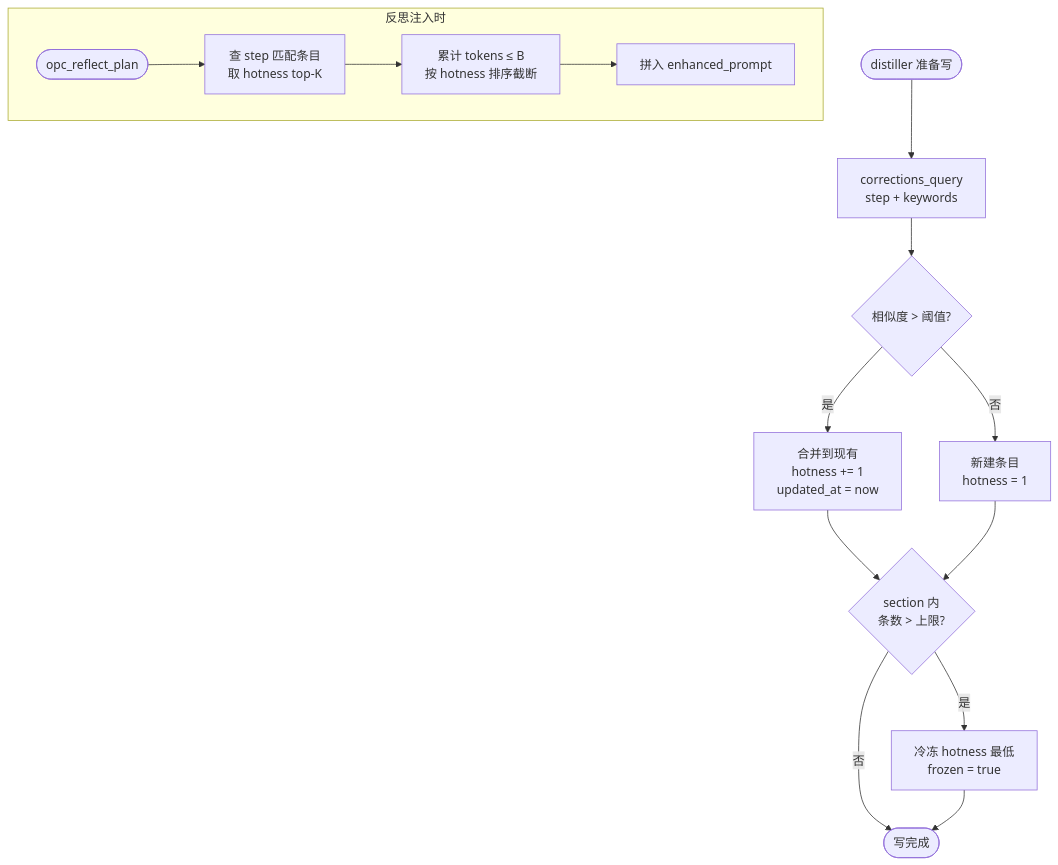
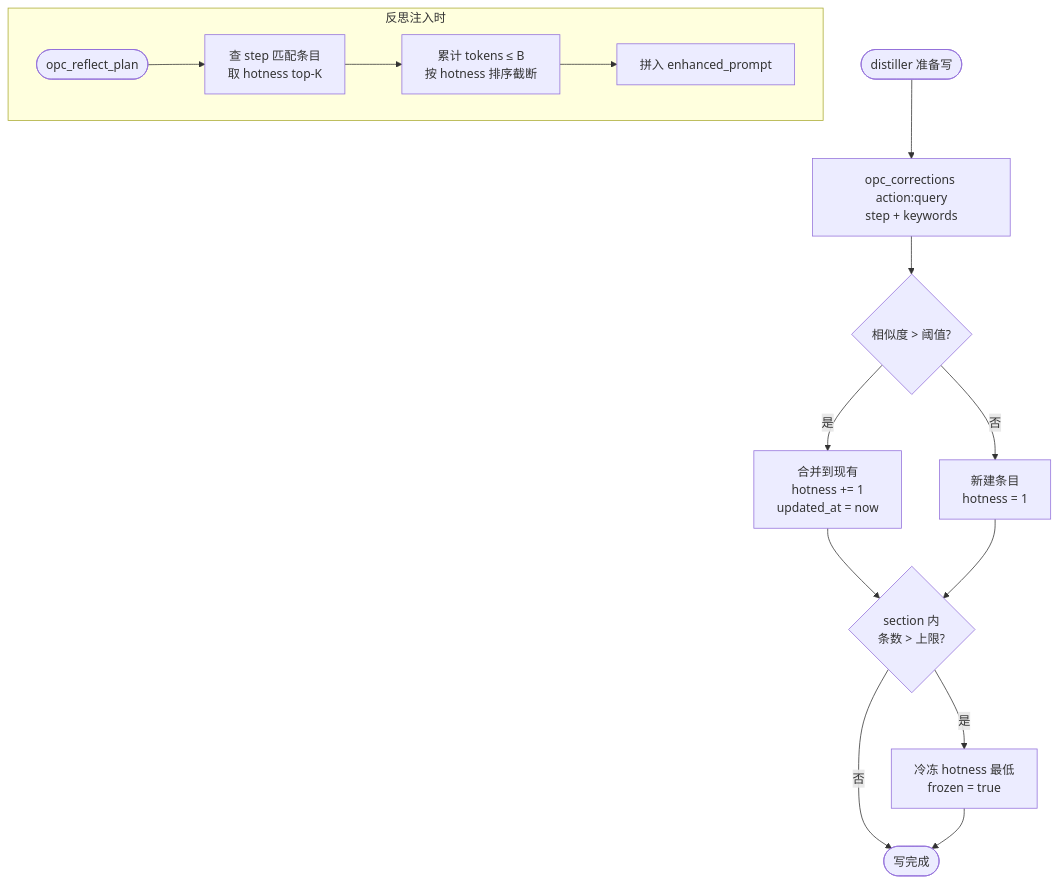
Before and after one commit to CaffeineOddity/opc-marketplace: the first of 3 diagrams in doc/feature/05-opc-reflection-server/03-corrections-store/00_overview.md, drawn with Mermaid. The commit also changed other lines of this file and 16 other files, not shown here.

````diff
--- a/doc/feature/05-opc-reflection-server/03-corrections-store/00_overview.md
+++ b/doc/feature/05-opc-reflection-server/03-corrections-store/00_overview.md
@@ -106,19 +106,19 @@
 ```mermaid
 flowchart TD
-    Write([distiller 准备写]) --> Query[corrections_query<br/>step + keywords]
+    Write([distiller 准备写]) --> Query[opc_corrections action:query<br/>step + keywords]
     Query --> Sim{相似度 > 阈值?}
     Sim -->|是| Merge[合并到现有<br/>hotness += 1<br/>updated_at = now]
     Sim -->|否| New[新建条目<br/>hotness = 1]
 
     Merge --> Cap{section 内<br/>条数 > 上限?}
     New --> Cap
     Cap -->|是| Freeze[冷冻 hotness 最低<br/>frozen = true]
     Cap -->|否| Done([写完成])
     Freeze --> Done
 
     subgraph Inject[反思注入时]
         Plan([opc_reflect_plan]) --> TopK[查 step 匹配条目<br/>取 hotness top-K]
         TopK --> Budget[累计 tokens ≤ B<br/>按 hotness 排序截断]
         Budget --> Prompt[拼入 enhanced_prompt]
     end
 ```
````
